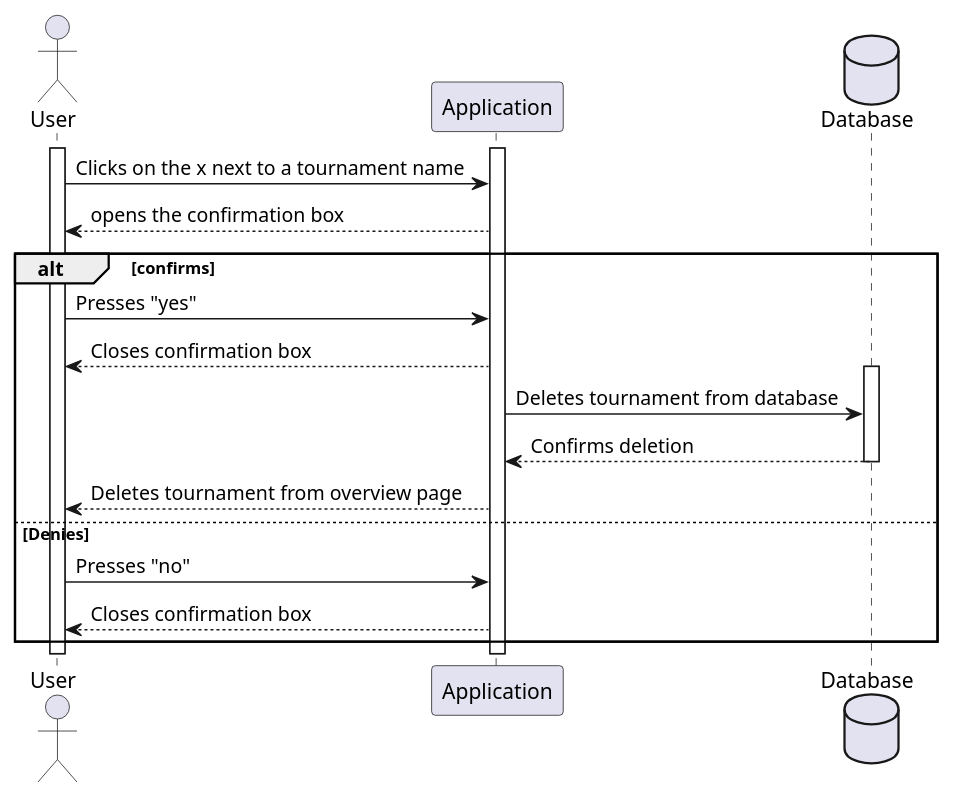
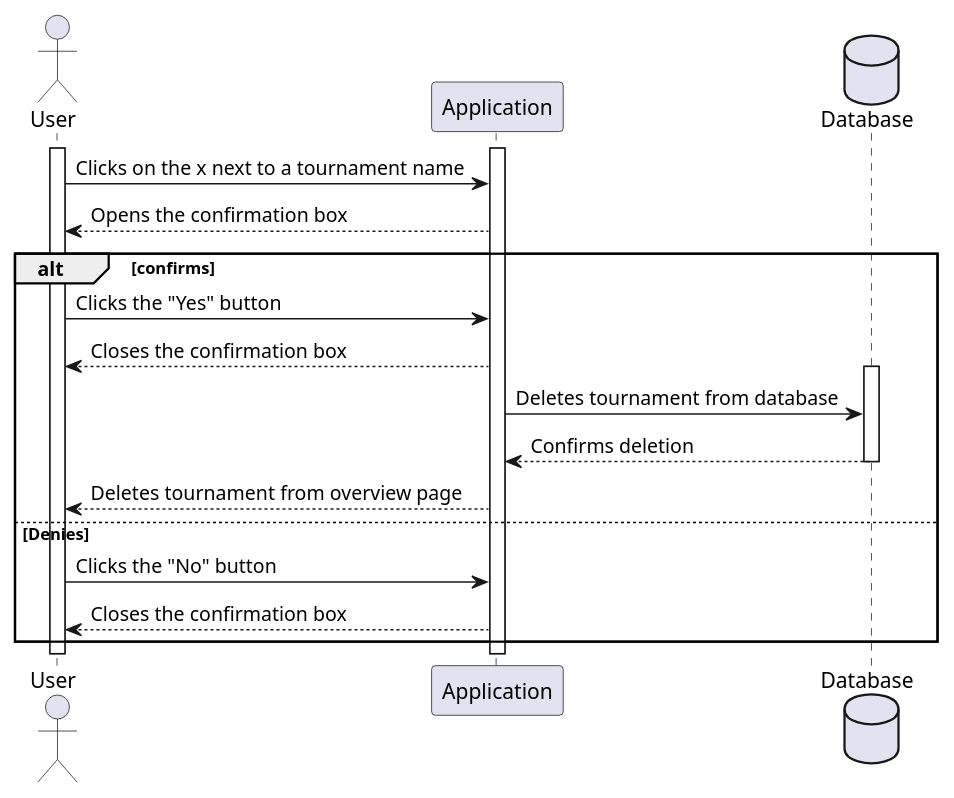
One commit to itzMesh/DCST1008-Prosjekt changed the diagram in ProjektUML/SequencediagramUserAppData/sequence_diagram_deleteTournament.wsd. Above: the diagram before and after it, drawn with PlantUML. The commit also changed 7 other files, not shown here.

Commit message:
uml typos

```diff
--- a/ProjektUML/SequencediagramUserAppData/sequence_diagram_deleteTournament.wsd
+++ b/ProjektUML/SequencediagramUserAppData/sequence_diagram_deleteTournament.wsd
@@ -1,28 +1,28 @@
 @startuml createTournament
 
 actor User as U
 participant Application as A
 Database Database as D
 
 activate U
 activate A
 
 U->A: Clicks on the x next to a tournament name
-A-->U: opens the confirmation box
+A-->U: Opens the confirmation box
 alt confirms
-    U->A: Presses "yes"
-    A-->U: Closes confirmation box
+    U->A: Clicks the "Yes" button
+    A-->U: Closes the confirmation box
     activate D
     A->D: Deletes tournament from database
     D-->A: Confirms deletion
     deactivate D
     A-->U: Deletes tournament from overview page
 else Denies
-    U->A: Presses "no"
-    A-->U: Closes confirmation box
+    U->A: Clicks the "No" button
+    A-->U: Closes the confirmation box
 
 end
 
 
 
 @enduml
```
